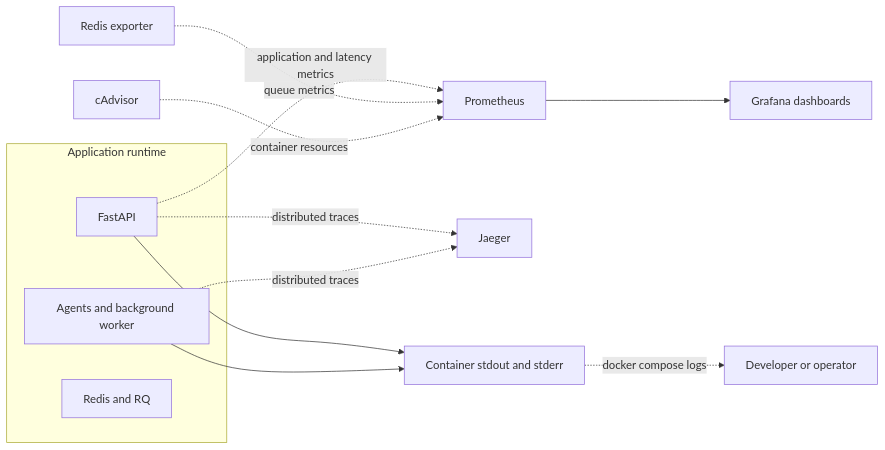
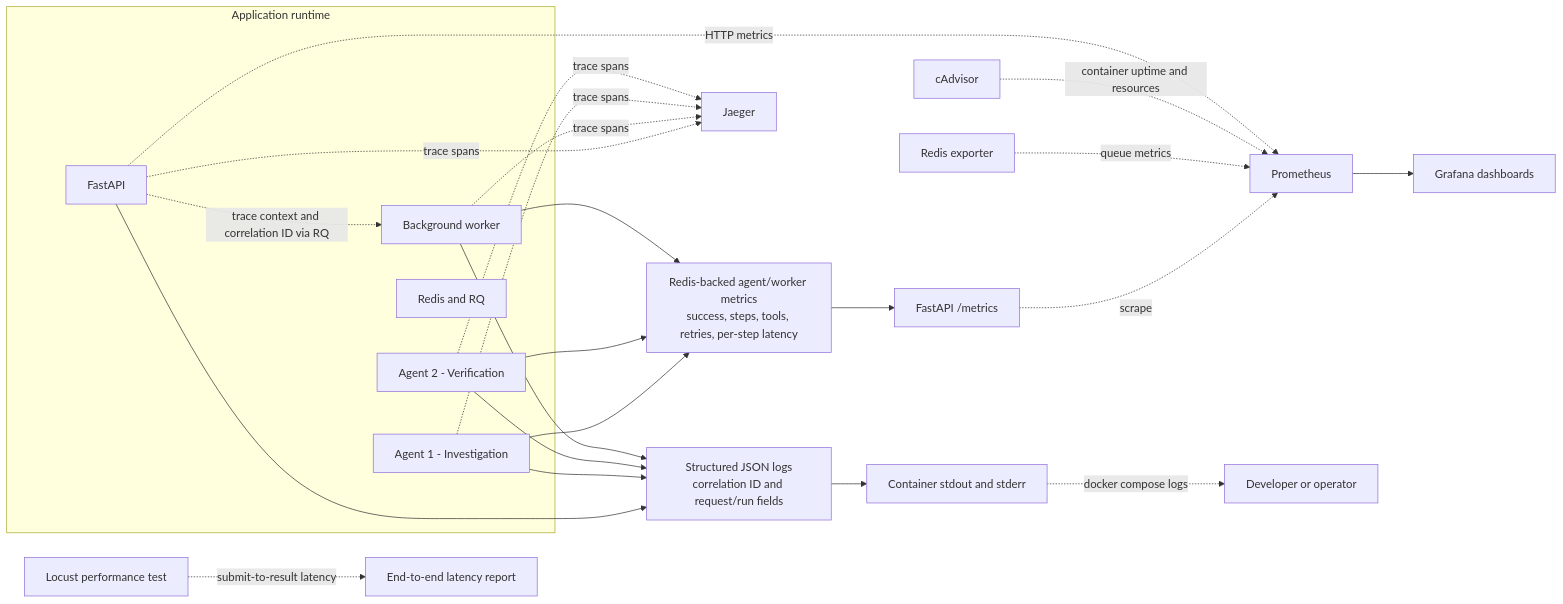
Before and after one commit to proindra/Production-Incident-Triage: the second of 3 diagrams in README.md, drawn with Mermaid. The commit also changed other lines of this file and 6 other files, not shown here.

````diff
--- a/README.md
+++ b/README.md
@@ -97,17 +119,31 @@
 ```mermaid
 flowchart LR
     subgraph Runtime[Application runtime]
         API[FastAPI]
-        Worker[Agents and background worker]
+        Agent1[Agent 1 - Investigation]
+        Agent2[Agent 2 - Verification]
+        Worker[Background worker]
         Redis[Redis and RQ]
     end
-    API -. application and latency metrics .-> Prometheus[Prometheus]
+    Agent1 --> AgentMetrics[Redis-backed agent/worker metrics<br/>success, steps, tools, retries, per-step latency]
+    Agent2 --> AgentMetrics
+    Worker --> AgentMetrics
+    AgentMetrics --> APIMetrics[FastAPI /metrics]
+    APIMetrics -. scrape .-> Prometheus[Prometheus]
     RedisExporter[Redis exporter] -. queue metrics .-> Prometheus
-    CAdvisor[cAdvisor] -. container resources .-> Prometheus
+    CAdvisor[cAdvisor] -. container uptime and resources .-> Prometheus
     Prometheus --> Grafana[Grafana dashboards]
-    API -. distributed traces .-> Jaeger[Jaeger]
-    Worker -. distributed traces .-> Jaeger
-    API --> ContainerLogs[Container stdout and stderr]
-    Worker --> ContainerLogs
+    API -. HTTP metrics .-> Prometheus
+    API -. trace context and correlation ID via RQ .-> Worker
+    API -. trace spans .-> Jaeger[Jaeger]
+    Worker -. trace spans .-> Jaeger
+    Agent1 -. trace spans .-> Jaeger
+    Agent2 -. trace spans .-> Jaeger
+    API --> JsonLogs[Structured JSON logs<br/>correlation ID and request/run fields]
+    Agent1 --> JsonLogs
+    Agent2 --> JsonLogs
+    Worker --> JsonLogs
+    JsonLogs --> ContainerLogs[Container stdout and stderr]
     ContainerLogs -. docker compose logs .-> Operator[Developer or operator]
+    Locust[Locust performance test] -. submit-to-result latency .-> E2E[End-to-end latency report]
 ```
````
